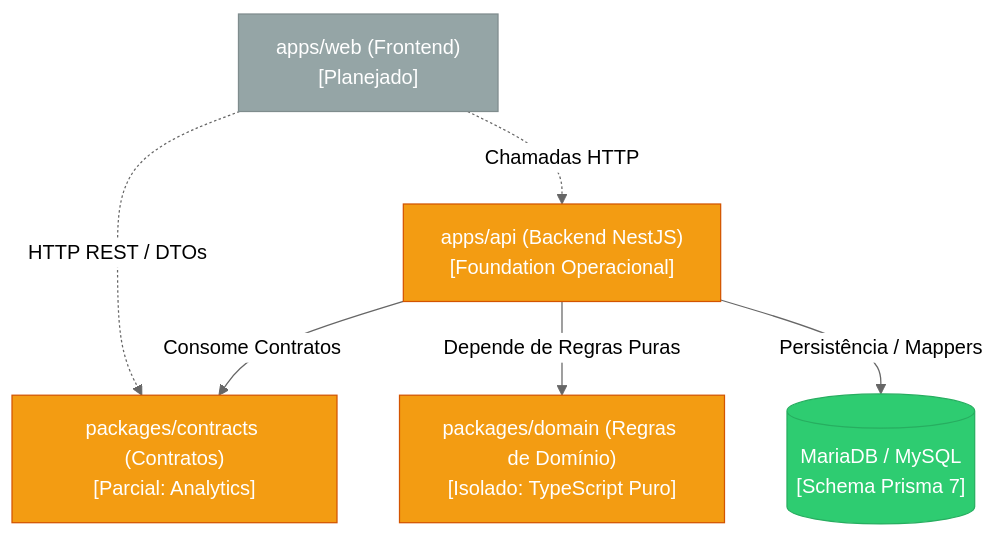
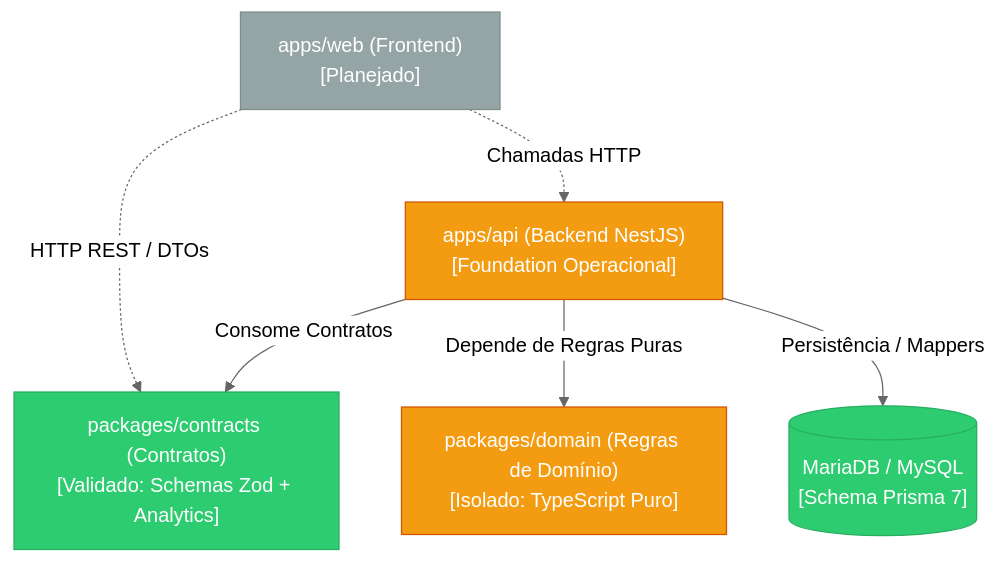
One commit to Joao147258/f1atlas changed the first of 3 diagrams in docs/architecture/current-state.md. Above: the diagram before and after it, drawn with Mermaid (neutral theme). The commit also changed other lines of this file and 167 other files, not shown here.

````diff
--- a/docs/architecture/current-state.md
+++ b/docs/architecture/current-state.md
@@ -125,24 +125,24 @@
 ```mermaid
 flowchart TD
     Web["apps/web (Frontend)<br/>[Planejado]"]
     API["apps/api (Backend NestJS)<br/>[Foundation Operacional]"]
-    Contracts["packages/contracts (Contratos)<br/>[Parcial: Analytics]"]
+    Contracts["packages/contracts (Contratos)<br/>[Validado: Schemas Zod + Analytics]"]
     Domain["packages/domain (Regras de Domínio)<br/>[Isolado: TypeScript Puro]"]
     DB[("MariaDB / MySQL<br/>[Schema Prisma 7]")]
 
     Web -.->|HTTP REST / DTOs| Contracts
     Web -.->|Chamadas HTTP| API
     API -->|Consome Contratos| Contracts
     API -->|Depende de Regras Puras| Domain
     API -->|Persistência / Mappers| DB
 
     classDef implemented fill:#2ecc71,stroke:#27ae60,color:#fff;
     classDef partial fill:#f39c12,stroke:#d35400,color:#fff;
     classDef planned fill:#95a5a6,stroke:#7f8c8d,color:#fff;
 
     class API partial;
     class Domain partial;
-    class Contracts partial;
+    class Contracts implemented;
     class DB implemented;
     class Web planned;
 ```
````
